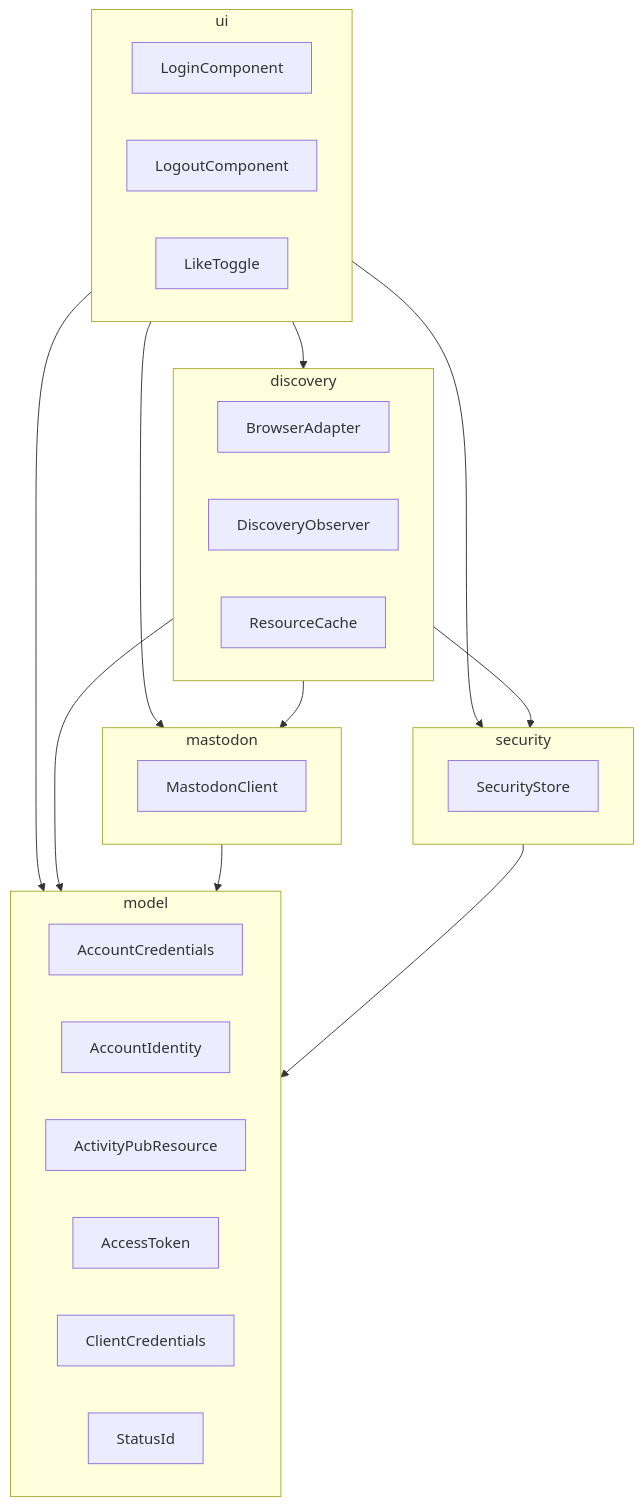
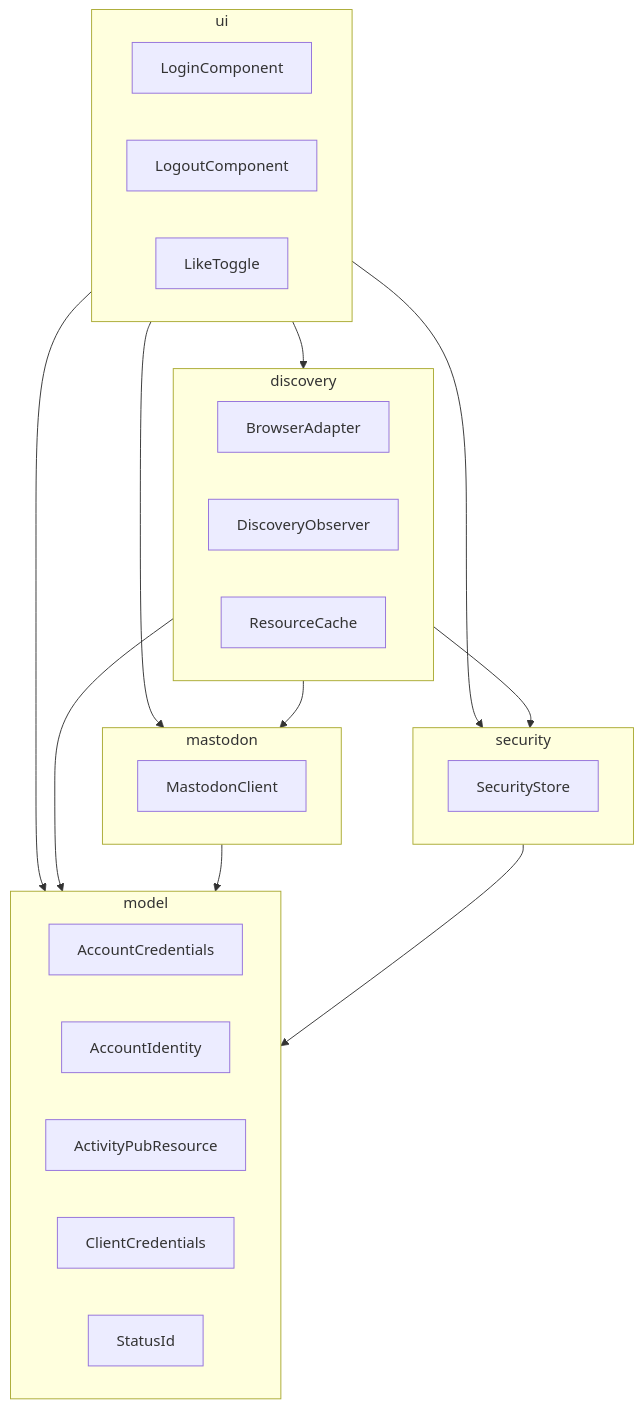
One commit to social-web-foundation/activitypub-browser-extension changed the diagram in docs/architecture/development.md. Above: the diagram before and after it, drawn with Mermaid. The commit also changed 6 other files, not shown here.

````diff
--- a/docs/architecture/development.md
+++ b/docs/architecture/development.md
@@ -3,41 +3,40 @@
 ```mermaid
 flowchart TB
     subgraph ui[ui]
         LoginComponent[LoginComponent]
         LogoutComponent[LogoutComponent]
         LikeToggle[LikeToggle]
     end
 
     subgraph discovery[discovery]
         BrowserAdapter[BrowserAdapter]
         DiscoveryObserver[DiscoveryObserver]
         ResourceCache[ResourceCache]
     end
 
     subgraph mastodon[mastodon]
         MastodonClient[MastodonClient]
     end
 
     subgraph security[security]
         SecurityStore[SecurityStore]
     end
 
     subgraph model[model]
         AccountCredentials[AccountCredentials]
         AccountIdentity[AccountIdentity]
         ActivityPubResource[ActivityPubResource]
-        AccessToken[AccessToken]
         ClientCredentials[ClientCredentials]
         StatusId[StatusId]
     end
 
     ui --> discovery
     ui --> security
     ui --> mastodon
     ui --> model
     discovery --> security
     discovery --> mastodon
     discovery --> model
     mastodon --> model
     security --> model
 ```
````
